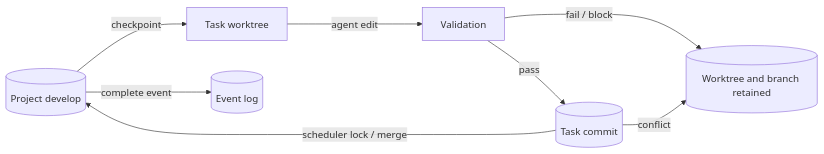
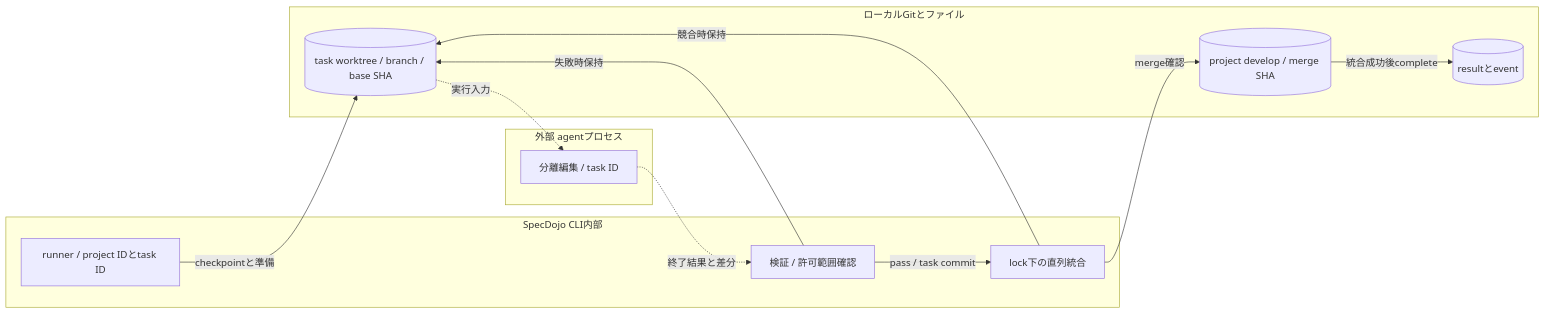
The second of 5 diagrams in docs/ja/product/040-system-design/sysd-critical-flows.md (specdojo/specdojo), drawn with Mermaid before and after one commit. The commit also changed other lines of this file and 12 other files, not shown here.

Commit message:
exec(T-KATA-WAVE-1-sysd-critical-flows-005): apply task changes

````diff
--- a/docs/ja/product/040-system-design/sysd-critical-flows.md
+++ b/docs/ja/product/040-system-design/sysd-critical-flows.md
@@ -62,10 +76,24 @@
 ```mermaid
 flowchart LR
-  R[(Project develop)] -->|checkpoint| W[Task worktree]
-  W -->|agent edit| V[Validation]
-  V -->|pass| C[(Task commit)]
-  C -->|scheduler lock / merge| R
-  R -->|complete event| E[(Event log)]
-  V -->|fail / block| H[(Worktree and branch retained)]
-  C -->|conflict| H
+  subgraph C[SpecDojo CLI内部]
+    S[runner / project IDとtask ID]
+    V[検証 / 許可範囲確認]
+    I[lock下の直列統合]
+  end
+  subgraph X[外部 agentプロセス]
+    A[分離編集 / task ID]
+  end
+  subgraph G[ローカルGitとファイル]
+    W[(task worktree / branch / base SHA)]
+    D[(project develop / merge SHA)]
+    E[(resultとevent)]
+  end
+  S -->|checkpointと準備| W
+  W -.->|実行入力| A
+  A -.->|終了結果と差分| V
+  V -->|pass / task commit| I
+  I -->|merge確認| D
+  D -->|統合成功後complete| E
+  V -->|失敗時保持| W
+  I -->|競合時保持| W
 ```
````
